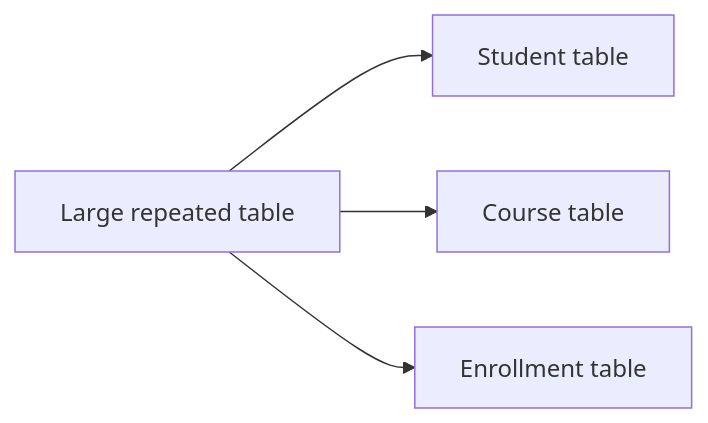
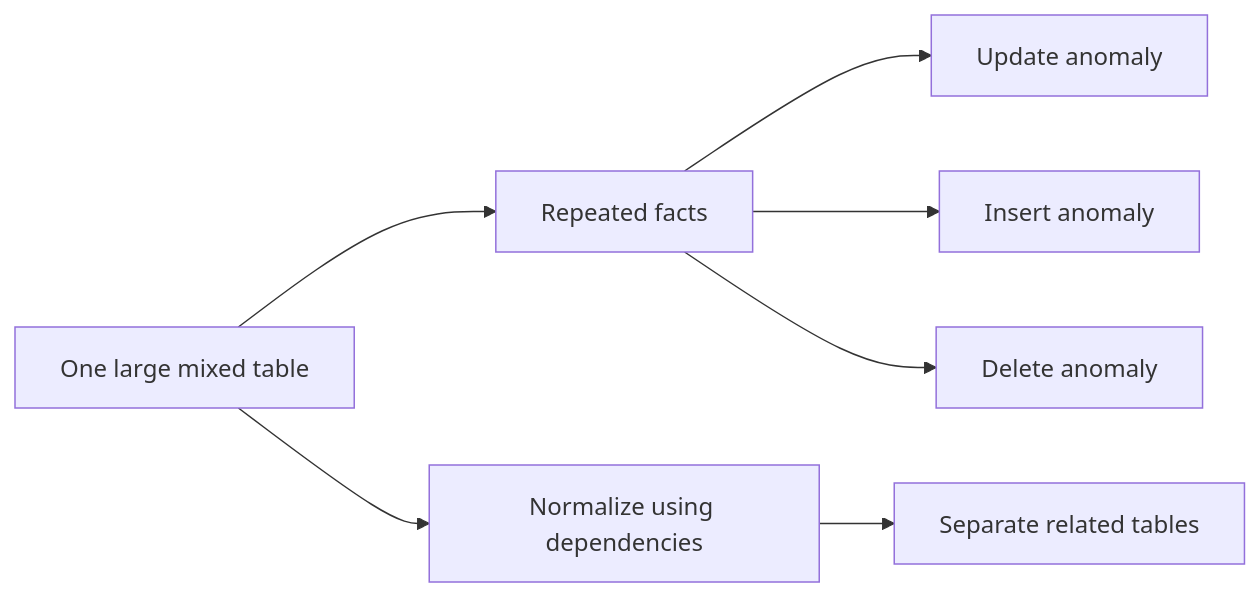
Before and after one commit to pentoshi007/prep: the first of 14 diagrams in DBMS/norm.md, drawn with Mermaid. The commit also changed other lines of this file, not shown here.

````diff
--- a/DBMS/norm.md
+++ b/DBMS/norm.md
@@ -20,6 +22,9 @@
 ```mermaid
 flowchart LR
-    A[Large repeated table] --> B[Student table]
-    A --> C[Course table]
-    A --> D[Enrollment table]
+    A[One large mixed table] --> B[Repeated facts]
+    B --> C[Update anomaly]
+    B --> D[Insert anomaly]
+    B --> E[Delete anomaly]
+    A --> F[Normalize using dependencies]
+    F --> G[Separate related tables]
 ```
````
